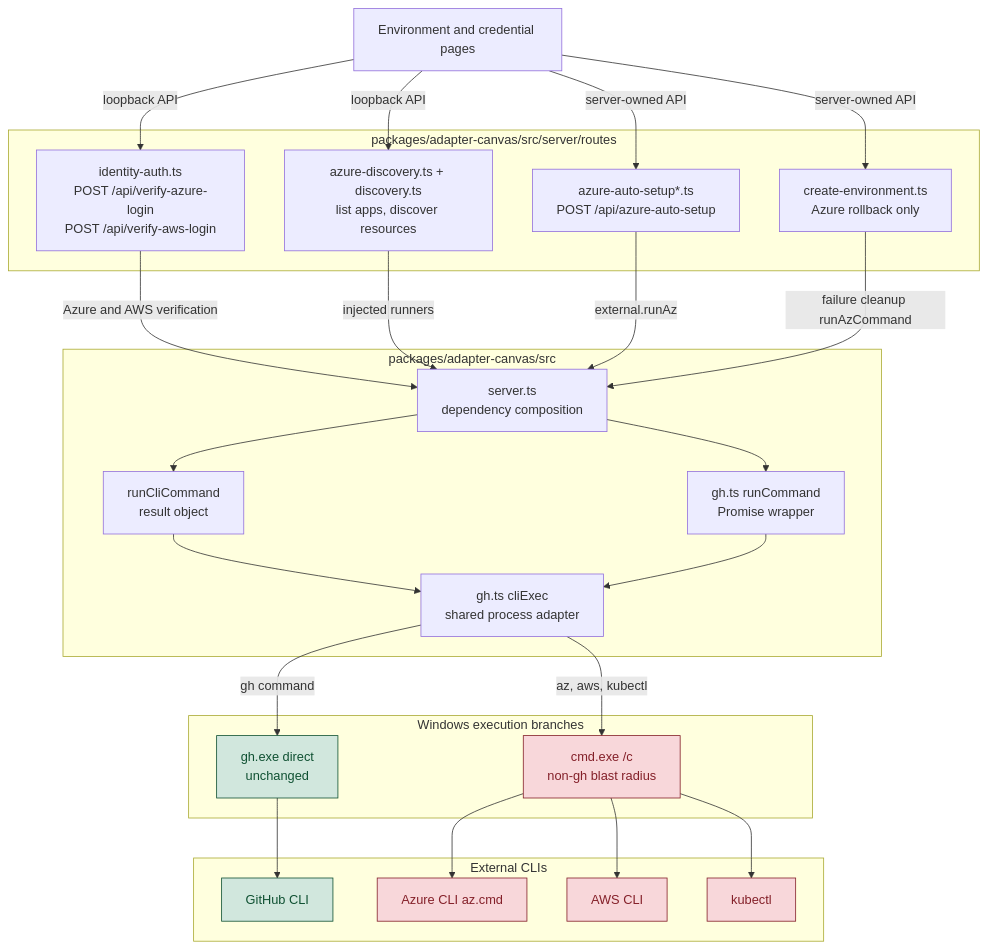
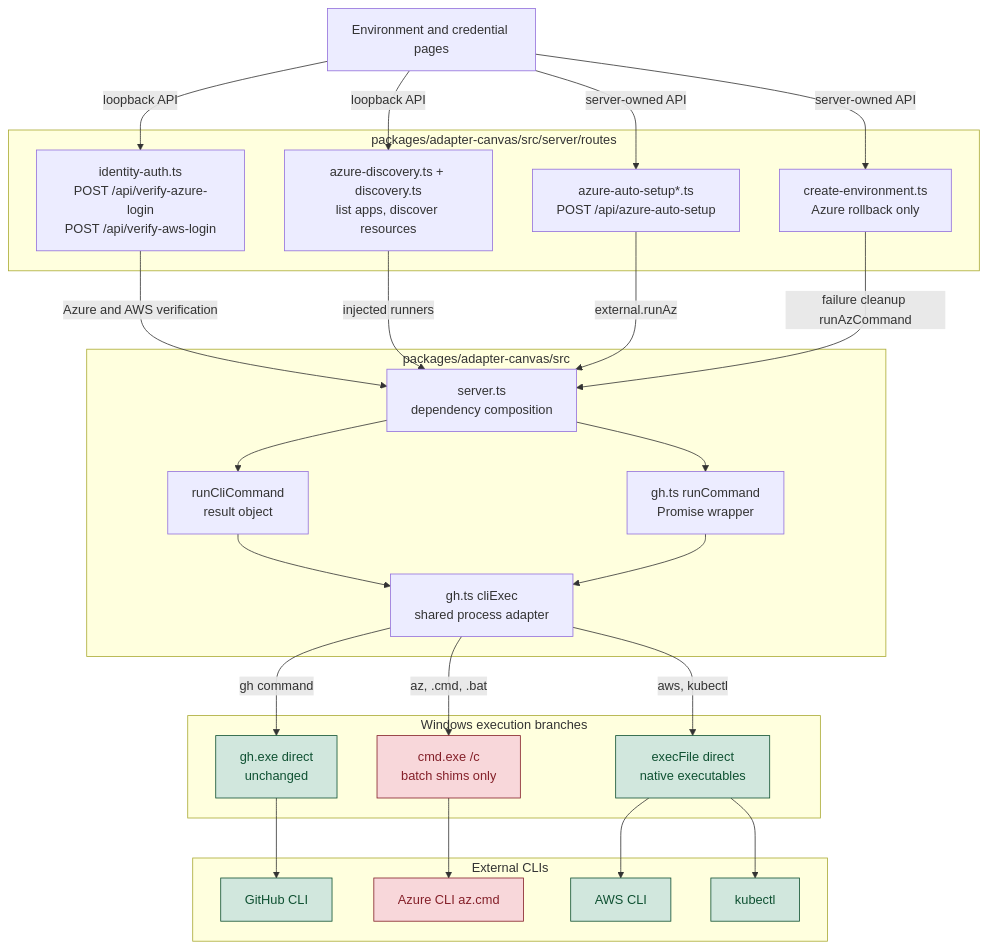
Before and after one commit to radius-project/ai-extensions: the first of 3 diagrams in docs/architecture/windows-cli-process-paths.md, drawn with Mermaid. The commit also changed other lines of this file and 4 other files, not shown here.

````diff
--- a/docs/architecture/windows-cli-process-paths.md
+++ b/docs/architecture/windows-cli-process-paths.md
@@ -5,57 +5,59 @@
 ```mermaid
 graph TD
     Pages["Environment and credential pages"]
 
     subgraph Routes["packages/adapter-canvas/src/server/routes"]
         Identity["identity-auth.ts<br/>POST /api/verify-azure-login<br/>POST /api/verify-aws-login"]
         Discovery["azure-discovery.ts + discovery.ts<br/>list apps, discover resources"]
         AutoSetup["azure-auto-setup*.ts<br/>POST /api/azure-auto-setup"]
         CreateEnv["create-environment.ts<br/>Azure rollback only"]
     end
 
     subgraph Composition["packages/adapter-canvas/src"]
         Server["server.ts<br/>dependency composition"]
         RunCli["runCliCommand<br/>result object"]
         RunCommand["gh.ts runCommand<br/>Promise wrapper"]
         CliExec["gh.ts cliExec<br/>shared process adapter"]
     end
 
     subgraph Windows["Windows execution branches"]
         GhExe["gh.exe direct<br/>unchanged"]
-        Cmd["cmd.exe /c<br/>non-gh blast radius"]
+        Native["execFile direct<br/>native executables"]
+        Cmd["cmd.exe /c<br/>batch shims only"]
     end
 
     subgraph External["External CLIs"]
         Gh["GitHub CLI"]
         Az["Azure CLI az.cmd"]
         Aws["AWS CLI"]
         Kubectl["kubectl"]
     end
 
     Pages -->|loopback API| Identity
     Pages -->|loopback API| Discovery
     Pages -->|server-owned API| AutoSetup
     Pages -->|server-owned API| CreateEnv
 
     Identity -->|Azure and AWS verification| Server
     Discovery -->|injected runners| Server
     AutoSetup -->|external.runAz| Server
     CreateEnv -->|failure cleanup runAzCommand| Server
 
     Server --> RunCli
     Server --> RunCommand
     RunCli --> CliExec
     RunCommand --> CliExec
 
     CliExec -->|gh command| GhExe
-    CliExec -->|az, aws, kubectl| Cmd
+    CliExec -->|az, .cmd, .bat| Cmd
+    CliExec -->|aws, kubectl| Native
     GhExe --> Gh
     Cmd --> Az
-    Cmd --> Aws
-    Cmd --> Kubectl
+    Native --> Aws
+    Native --> Kubectl
 
     classDef affected fill:#f8d7da,stroke:#842029,color:#842029;
     classDef unchanged fill:#d1e7dd,stroke:#0f5132,color:#0f5132;
-    class Cmd,Az,Aws,Kubectl affected;
-    class GhExe,Gh unchanged;
+    class Cmd,Az affected;
+    class GhExe,Gh,Native,Aws,Kubectl unchanged;
 ```
````
